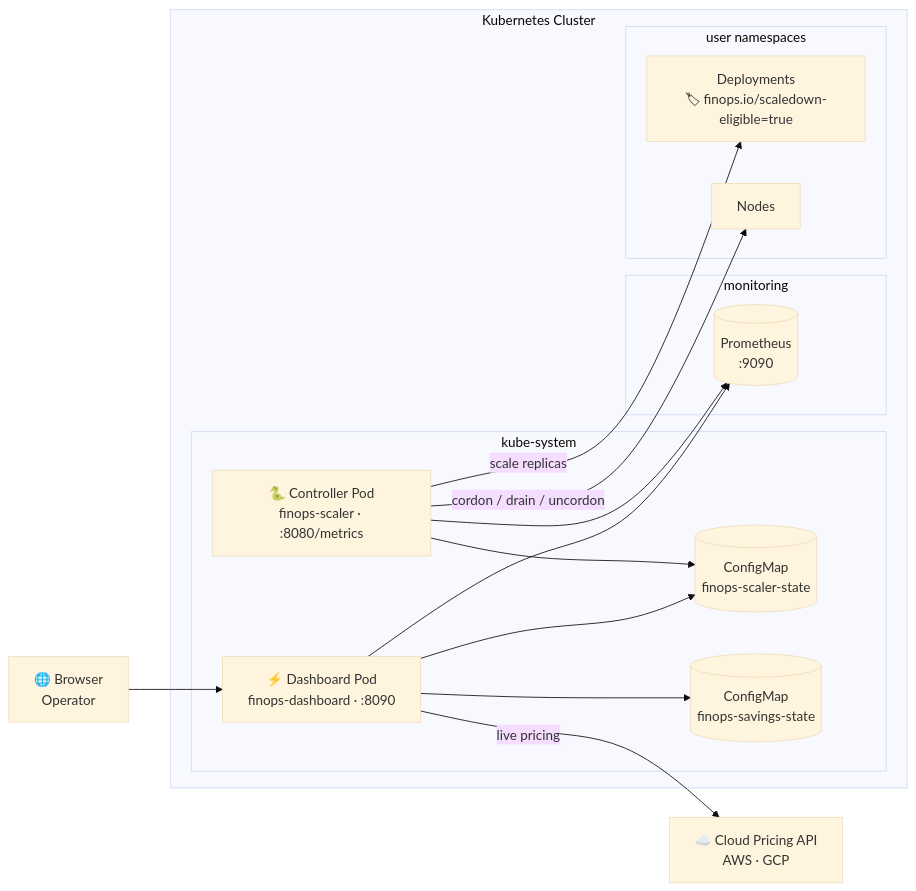
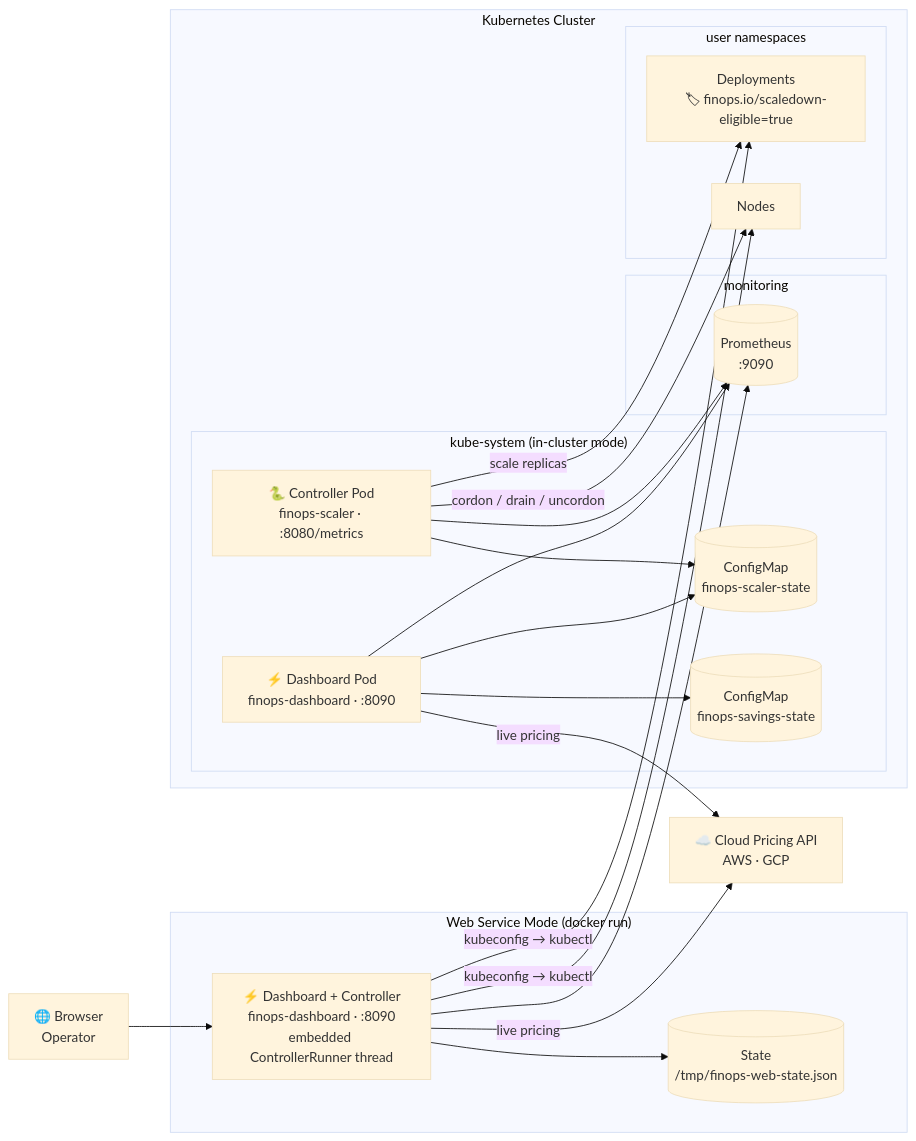
Before and after one commit to sriaratragada/Dynamic-Predictive-FinOps-Cluster-Down-Scaler: the second of 8 diagrams in OVERVIEW.md, drawn with Mermaid (base theme). The commit also changed other lines of this file and 2 other files, not shown here.

First line of the commit message:
update docs for web service mode and frontend redesign

````diff
--- a/OVERVIEW.md
+++ b/OVERVIEW.md
@@ -82,31 +84,42 @@
 ```mermaid
 graph LR
   BROWSER["🌐 Browser\nOperator"] --> DASH
 
+  subgraph webservice["Web Service Mode (docker run)"]
+    DASH["⚡ Dashboard + Controller\nfinops-dashboard · :8090\nembedded ControllerRunner thread"]
+    TMPSTATE[("State\n/tmp/finops-web-state.json")]
+  end
+
   subgraph cluster["Kubernetes Cluster"]
-    subgraph sys["kube-system"]
+    subgraph sys["kube-system (in-cluster mode)"]
       CTRL["🐍 Controller Pod\nfinops-scaler · :8080/metrics"]
-      DASH["⚡ Dashboard Pod\nfinops-dashboard · :8090"]
+      DASH2["⚡ Dashboard Pod\nfinops-dashboard · :8090"]
       CM1[("ConfigMap\nfinops-scaler-state")]
       CM2[("ConfigMap\nfinops-savings-state")]
     end
     subgraph mon["monitoring"]
       PROM[("Prometheus\n:9090")]
     end
     subgraph ns["user namespaces"]
       DEP["Deployments\n🏷 finops.io/scaledown-eligible=true"]
       NODES["Nodes"]
     end
   end
 
   CLOUD["☁️ Cloud Pricing API\nAWS · GCP"]
 
-  DASH --> CM1
-  DASH --> CM2
+  DASH -->|"kubeconfig → kubectl"| NODES
+  DASH -->|"kubeconfig → kubectl"| DEP
+  DASH --> TMPSTATE
   DASH --> PROM
   DASH -->|"live pricing"| CLOUD
+
+  DASH2 --> CM1
+  DASH2 --> CM2
+  DASH2 --> PROM
+  DASH2 -->|"live pricing"| CLOUD
   CTRL --> CM1
   CTRL --> PROM
   CTRL -->|"scale replicas"| DEP
   CTRL -->|"cordon / drain / uncordon"| NODES
 ```
````
